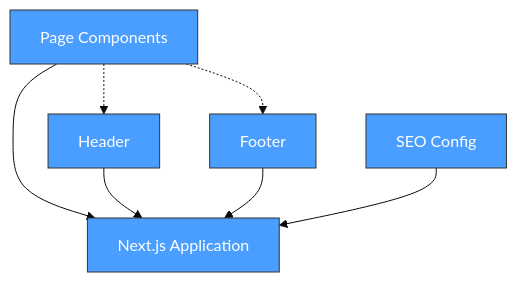
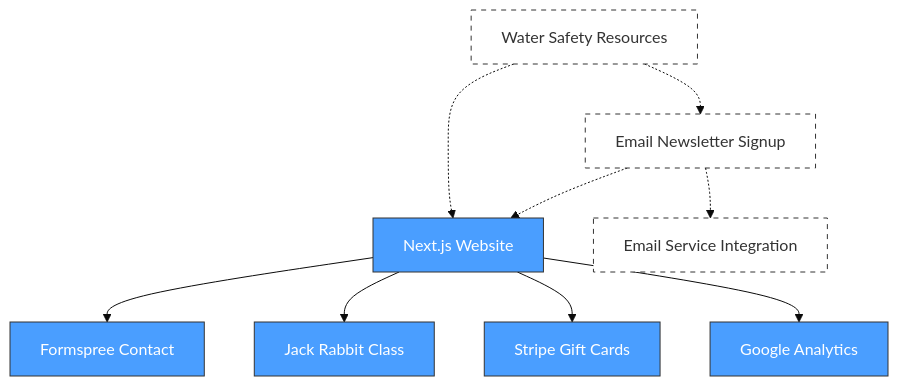
One commit to cyntel-intelligence/aqua-journey-website changed the diagram in .project/architecture.md. Above: the diagram before and after it, drawn with Mermaid (base theme). The commit also changed other lines of this file and 20 other files, not shown here.

First line of the commit message:
Add email capture system and water safety resources

````diff
--- a/.project/architecture.md
+++ b/.project/architecture.md
@@ -18,19 +18,26 @@
 ```mermaid
 graph TD
     classDef current fill:#4a9eff,stroke:#333,color:#fff
     classDef planned fill:#fff,stroke:#333,stroke-dasharray: 5 5
     classDef potential fill:#e0e0e0,stroke:#999,color:#666
 
-    core[Next.js Application]:::current
-    pages[Page Components]:::current
-    header[Header]:::current
-    footer[Footer]:::current
-    seo[SEO Config]:::current
+    core[Next.js Website]:::current
+    formspree[Formspree Contact]:::current
+    jackrabbit[Jack Rabbit Class]:::current
+    stripe[Stripe Gift Cards]:::current
+    analytics[Google Analytics]:::current
 
-    pages --> core
-    header --> core
-    footer --> core
-    seo --> core
-    pages -.-> header
-    pages -.-> footer
+    email_capture[Email Newsletter Signup]:::planned
+    email_service[Email Service Integration]:::planned
+    water_safety[Water Safety Resources]:::planned
+
+    core --> formspree
+    core --> jackrabbit
+    core --> stripe
+    core --> analytics
+
+    email_capture -.-> email_service
+    email_capture -.-> core
+    water_safety -.-> core
+    water_safety -.-> email_capture
 ```
````
